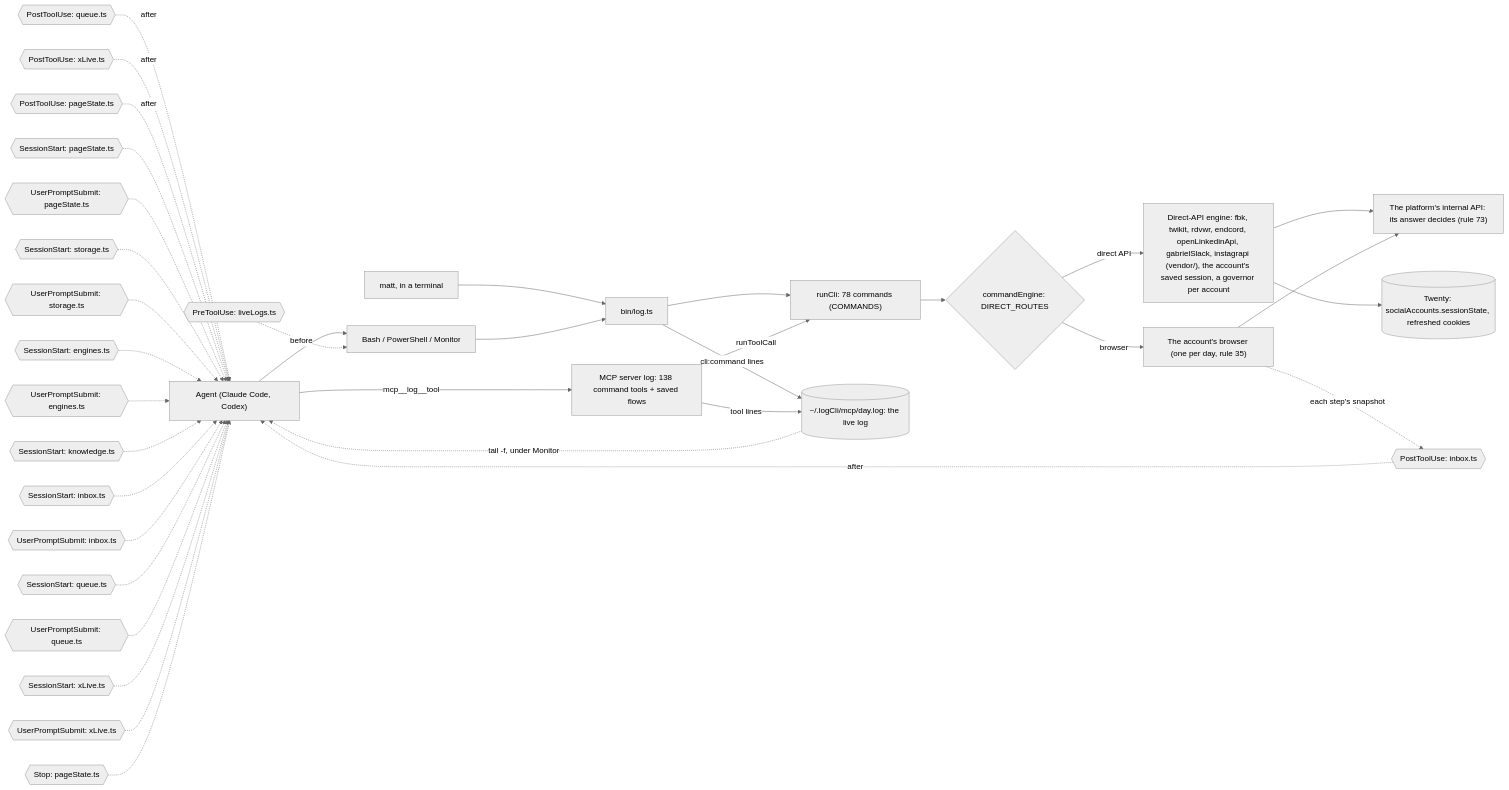
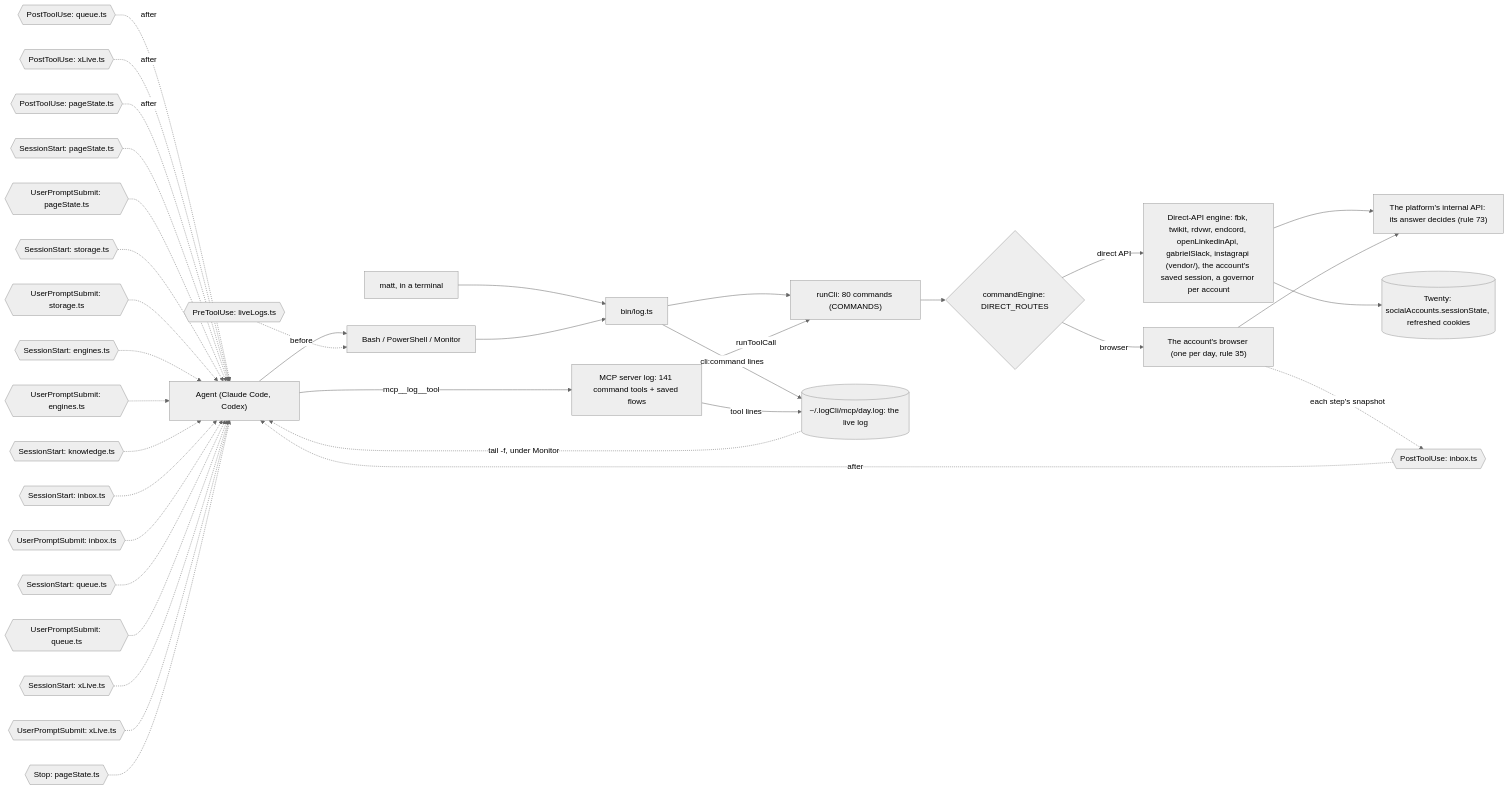
Before and after one commit to matthewdonsemail-lab/log: the third of 6 diagrams in docs/reference.md, drawn with Mermaid (neutral theme). The commit also changed other lines of this file and 34 other files, not shown here.

````diff
--- a/docs/reference.md
+++ b/docs/reference.md
@@ -176,50 +178,50 @@
 ```mermaid
 flowchart LR
   agent["Agent (Claude Code, Codex)"]
   matt["matt, in a terminal"]
   shell["Bash / PowerShell / Monitor"]
-  mcp["MCP server log: 138 command tools + saved flows"]
+  mcp["MCP server log: 141 command tools + saved flows"]
   bin["bin/log.ts"]
-  runCli["runCli: 78 commands (COMMANDS)"]
+  runCli["runCli: 80 commands (COMMANDS)"]
   live[("~/.logCli/mcp/day.log: the live log")]
   engine{"commandEngine: DIRECT_ROUTES"}
   direct["Direct-API engine: fbk, twikit, rdvwr, endcord, openLinkedinApi, gabrielSlack, instagrapi (vendor/), the account's saved session, a governor per account"]
   browser["The account's browser (one per day, rule 35)"]
   api["The platform's internal API: its answer decides (rule 73)"]
   twenty[("Twenty: socialAccounts.sessionState, refreshed cookies")]
   agent --> shell
   matt --> bin
   shell --> bin
   agent -->|mcp__log__tool| mcp
   bin --> runCli
   mcp -->|runToolCall| runCli
   runCli --> engine
   engine -->|direct API| direct
   engine -->|browser| browser
   direct --> api
   browser --> api
   direct --> twenty
   bin -->|cli:command lines| live
   mcp -->|tool lines| live
   live -.->|tail -f, under Monitor| agent
   pre0{{"PreToolUse: liveLogs.ts"}} -.->|before| shell
   post0{{"PostToolUse: inbox.ts"}} -.->|after| agent
   post1{{"PostToolUse: queue.ts"}} -.->|after| agent
   post2{{"PostToolUse: xLive.ts"}} -.->|after| agent
   post3{{"PostToolUse: pageState.ts"}} -.->|after| agent
   turn0{{"SessionStart: pageState.ts"}} -.-> agent
   turn1{{"UserPromptSubmit: pageState.ts"}} -.-> agent
   turn2{{"SessionStart: storage.ts"}} -.-> agent
   turn3{{"UserPromptSubmit: storage.ts"}} -.-> agent
   turn4{{"SessionStart: engines.ts"}} -.-> agent
   turn5{{"UserPromptSubmit: engines.ts"}} -.-> agent
   turn6{{"SessionStart: knowledge.ts"}} -.-> agent
   turn7{{"SessionStart: inbox.ts"}} -.-> agent
   turn8{{"UserPromptSubmit: inbox.ts"}} -.-> agent
   turn9{{"SessionStart: queue.ts"}} -.-> agent
   turn10{{"UserPromptSubmit: queue.ts"}} -.-> agent
   turn11{{"SessionStart: xLive.ts"}} -.-> agent
   turn12{{"UserPromptSubmit: xLive.ts"}} -.-> agent
   turn13{{"Stop: pageState.ts"}} -.-> agent
   browser -.->|each step's snapshot| post0
 ```
````
